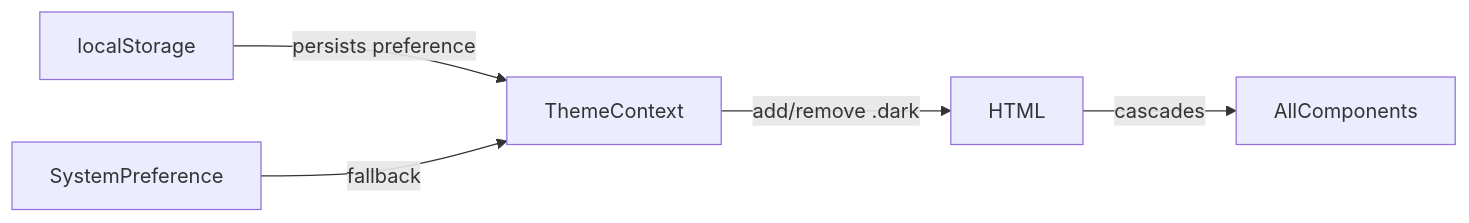
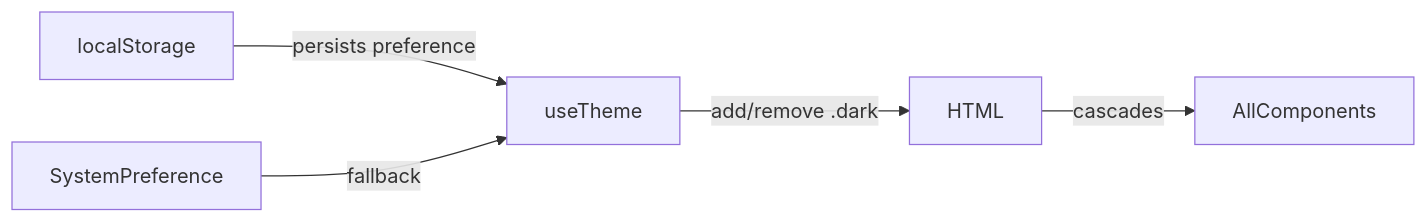
Before and after one commit to Halderpritam123/custom-notebook: the fifth of 5 diagrams in frontend/FRONTEND.md, drawn with Mermaid. The commit also changed other lines of this file and 12 other files, not shown here.

````diff
--- a/frontend/FRONTEND.md
+++ b/frontend/FRONTEND.md
@@ -224,7 +221,7 @@
 ```mermaid
 graph LR
-    ThemeContext -->|add/remove .dark| HTML
+    useTheme -->|add/remove .dark| HTML
     HTML -->|cascades| AllComponents
-    localStorage -->|persists preference| ThemeContext
-    SystemPreference -->|fallback| ThemeContext
+    localStorage -->|persists preference| useTheme
+    SystemPreference -->|fallback| useTheme
 ```
````
